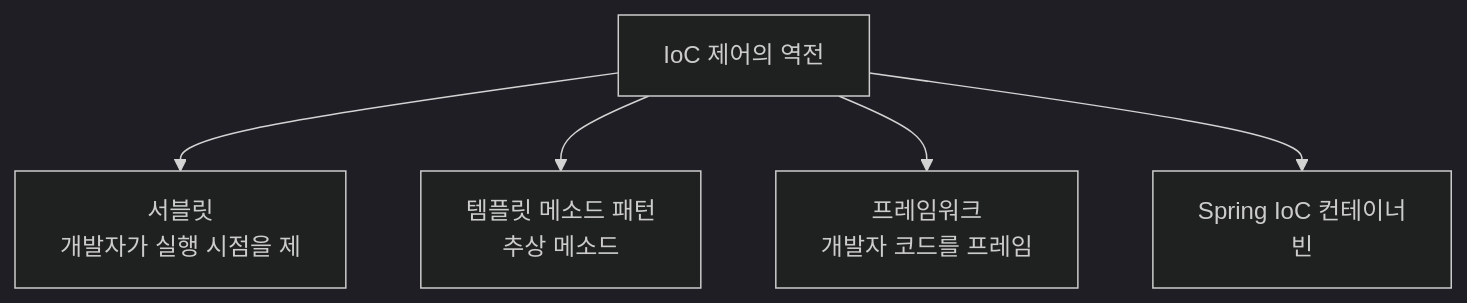
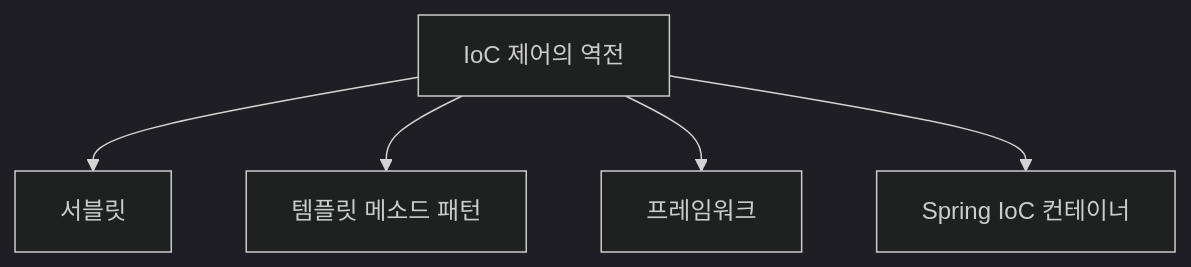
Before and after one commit to yjkim2015/yjkim2015.github.io: the second of 4 diagrams in _posts/spring/2022-06-16-제어의역전.md, drawn with Mermaid (dark theme). The commit also changed other lines of this file and 217 other files, not shown here.

First line of the commit message:
Mermaid 크기 수정: useMaxWidth:true + SVG max-width:100% + 라벨 축소

````diff
--- a/_posts/spring/2022-06-16-제어의역전.md
+++ b/_posts/spring/2022-06-16-제어의역전.md
@@ -73,8 +73,8 @@
 ```mermaid
 graph TD
     IOC["IoC 제어의 역전"]
-    IOC --> SERVLET["서블릿\n개발자가 실행 시점을 제"]
-    IOC --> TEMPLATE["템플릿 메소드 패턴\n추상 메소드"]
-    IOC --> FRAMEWORK["프레임워크\n개발자 코드를 프레임"]
-    IOC --> SPRING["Spring IoC 컨테이너\n빈"]
+    IOC --> SERVLET["서블릿"]
+    IOC --> TEMPLATE["템플릿 메소드 패턴"]
+    IOC --> FRAMEWORK["프레임워크"]
+    IOC --> SPRING["Spring IoC 컨테이너"]
 ```
````
